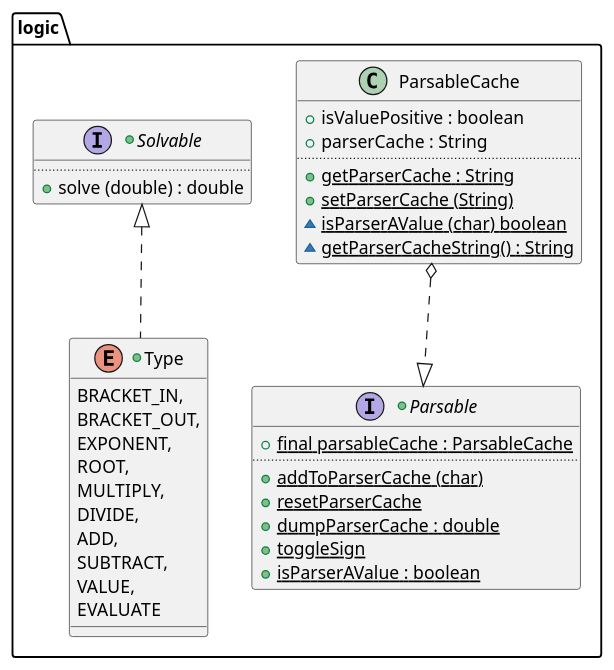
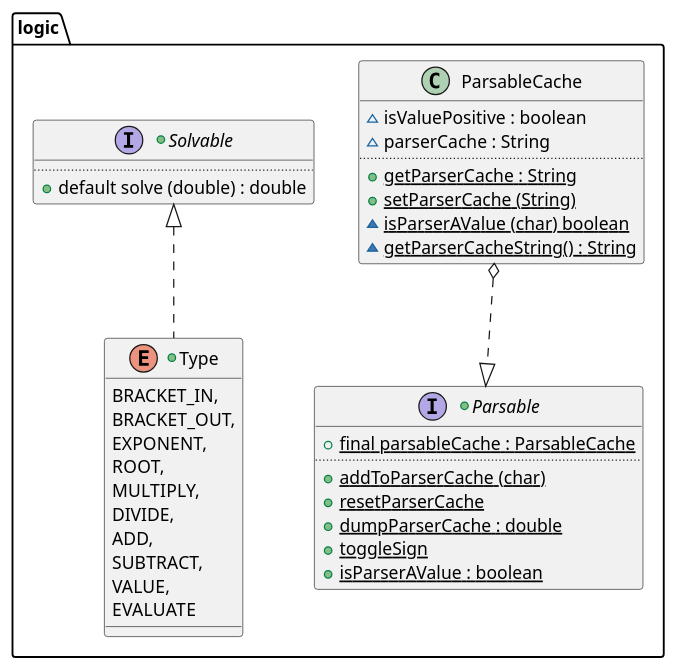
Before and after one commit to vitalispopoff/calculator: the diagram in src/docs/UML/logic/logic.puml, drawn with PlantUML. The commit also changed 15 other files, not shown here.

```diff
--- a/src/docs/UML/logic/logic.puml
+++ b/src/docs/UML/logic/logic.puml
@@ -1,46 +1,46 @@
 @startuml
 
 package logic {
 
     +interface Solvable {
         ..
-            +{method} solve (double) : double
+            +{method} default solve (double) : double
     }
 
     +interface Parsable {
             +{field}{static}final parsableCache : ParsableCache
         ..
             +{method} {static} addToParserCache (char)
             +{method} {static} resetParserCache
             +{method} {static} dumpParserCache : double
             +{method} {static} toggleSign
             +{method} {static} isParserAValue : boolean
     }
 
     +enum Type implements Solvable{
             BRACKET_IN,
             BRACKET_OUT,
             EXPONENT,
             ROOT,
             MULTIPLY,
             DIVIDE,
             ADD,
             SUBTRACT,
             VALUE,
             EVALUATE
     }
 
     class ParsableCache {
-            +{field} isValuePositive : boolean
-            +{field} parserCache : String
+            ~{field} isValuePositive : boolean
+            ~{field} parserCache : String
         ..
             +{method} {static} getParserCache : String
             +{method} {static} setParserCache (String)
             ~{method} {static} isParserAValue (char) boolean
             ~{method} {static} getParserCacheString() : String
     }
 
     Parsable <|-up.o ParsableCache
 }
 
 @enduml
```
